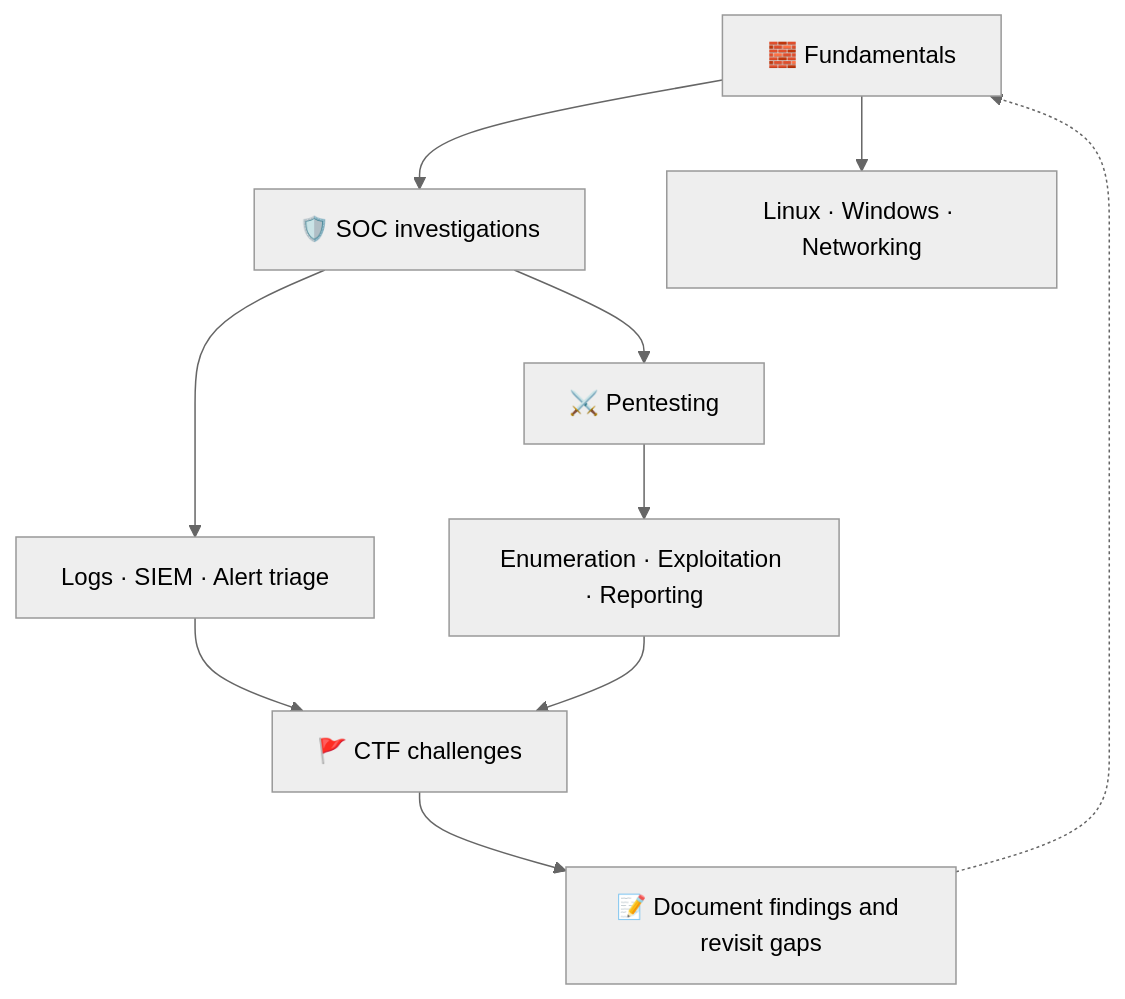
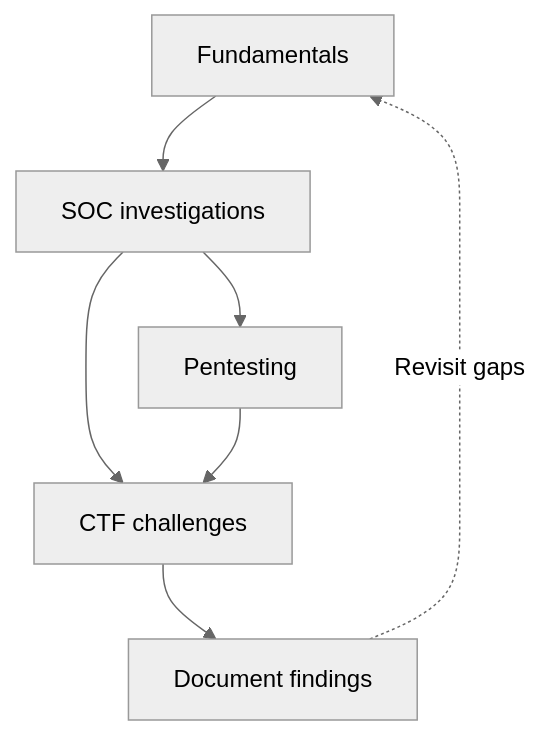
Before and after one commit to shilurathee/tryhackme-journey: the diagram in README.md, drawn with Mermaid (neutral theme). The commit also changed other lines of this file, not shown here.

````diff
--- a/README.md
+++ b/README.md
@@ -40,12 +52,9 @@
 ```mermaid
 flowchart TD
-    F["🧱 Fundamentals"] --> S["🛡️ SOC investigations"]
-    S --> P["⚔️ Pentesting"]
-    F --> B["Linux · Windows · Networking"]
-    S --> D["Logs · SIEM · Alert triage"]
-    P --> R["Enumeration · Exploitation · Reporting"]
-    D --> C["🚩 CTF challenges"]
-    R --> C
-    C --> W["📝 Document findings and revisit gaps"]
-    W -.-> F
+    F["Fundamentals"] --> S["SOC investigations"]
+    S --> P["Pentesting"]
+    S --> C["CTF challenges"]
+    P --> C
+    C --> N["Document findings"]
+    N -. Revisit gaps .-> F
 ```
````
